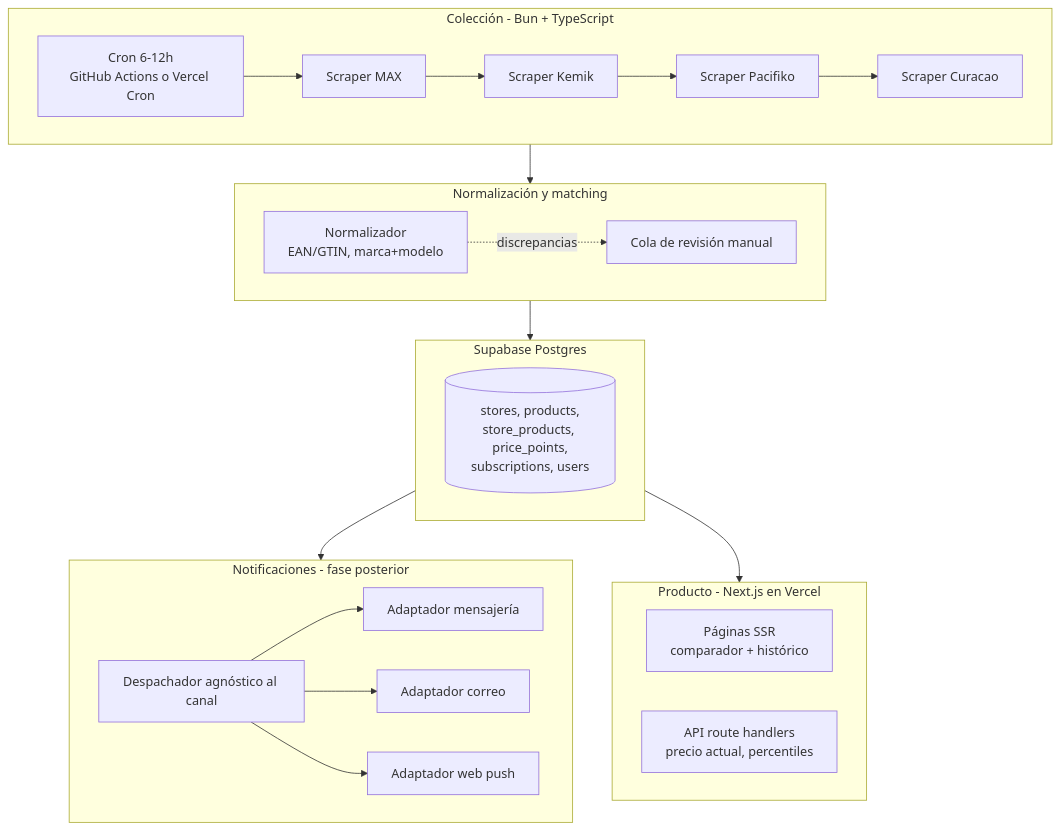
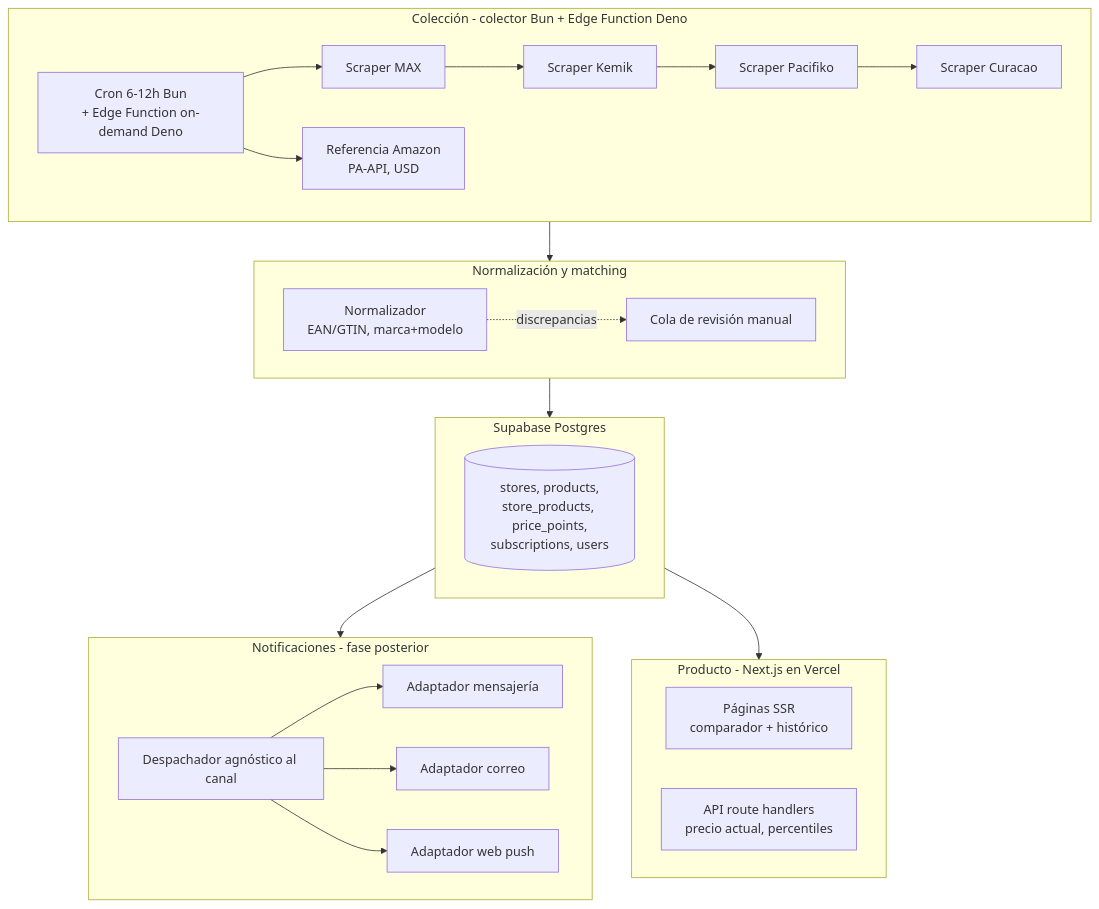
One commit to Chofito/hackathon-16072026 changed the diagram in docs/ARCHITECTURE.md. Above: the diagram before and after it, drawn with Mermaid. The commit also changed other lines of this file and 7 other files, not shown here.

````diff
--- a/docs/ARCHITECTURE.md
+++ b/docs/ARCHITECTURE.md
@@ -18,40 +18,42 @@
 ```mermaid
 flowchart TB
-    subgraph coleccion [Colección - Bun + TypeScript]
-        cron[Cron 6-12h<br/>GitHub Actions o Vercel Cron]
+    subgraph coleccion [Colección - colector Bun + Edge Function Deno]
+        cron[Cron 6-12h Bun<br/>+ Edge Function on-demand Deno]
         scraperMax[Scraper MAX]
         scraperKemik[Scraper Kemik]
         scraperPacifiko[Scraper Pacifiko]
         scraperCuracao[Scraper Curacao]
+        amazonRef[Referencia Amazon<br/>PA-API, USD]
         cron --> scraperMax --> scraperKemik --> scraperPacifiko --> scraperCuracao
+        cron --> amazonRef
     end
 
     subgraph normalizacion [Normalización y matching]
         normalizer[Normalizador<br/>EAN/GTIN, marca+modelo]
         reviewQueue[Cola de revisión manual]
         normalizer -.->|discrepancias| reviewQueue
     end
 
     subgraph almacenamiento [Supabase Postgres]
         db[(stores, products,<br/>store_products, price_points,<br/>subscriptions, users)]
     end
 
     subgraph notificaciones [Notificaciones - fase posterior]
         dispatcher[Despachador agnóstico al canal]
         msg[Adaptador mensajería]
         email[Adaptador correo]
         push[Adaptador web push]
         dispatcher --> msg
         dispatcher --> email
         dispatcher --> push
     end
 
     subgraph producto [Producto - Next.js en Vercel]
         ssr[Páginas SSR<br/>comparador + histórico]
         api[API route handlers<br/>precio actual, percentiles]
     end
 
     coleccion --> normalizacion --> almacenamiento
     almacenamiento --> notificaciones
     almacenamiento --> producto
 ```
````
